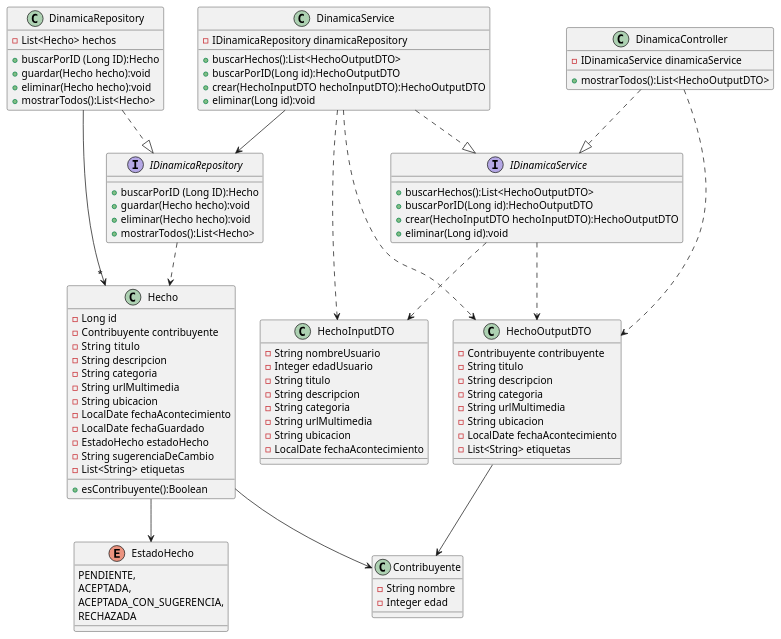
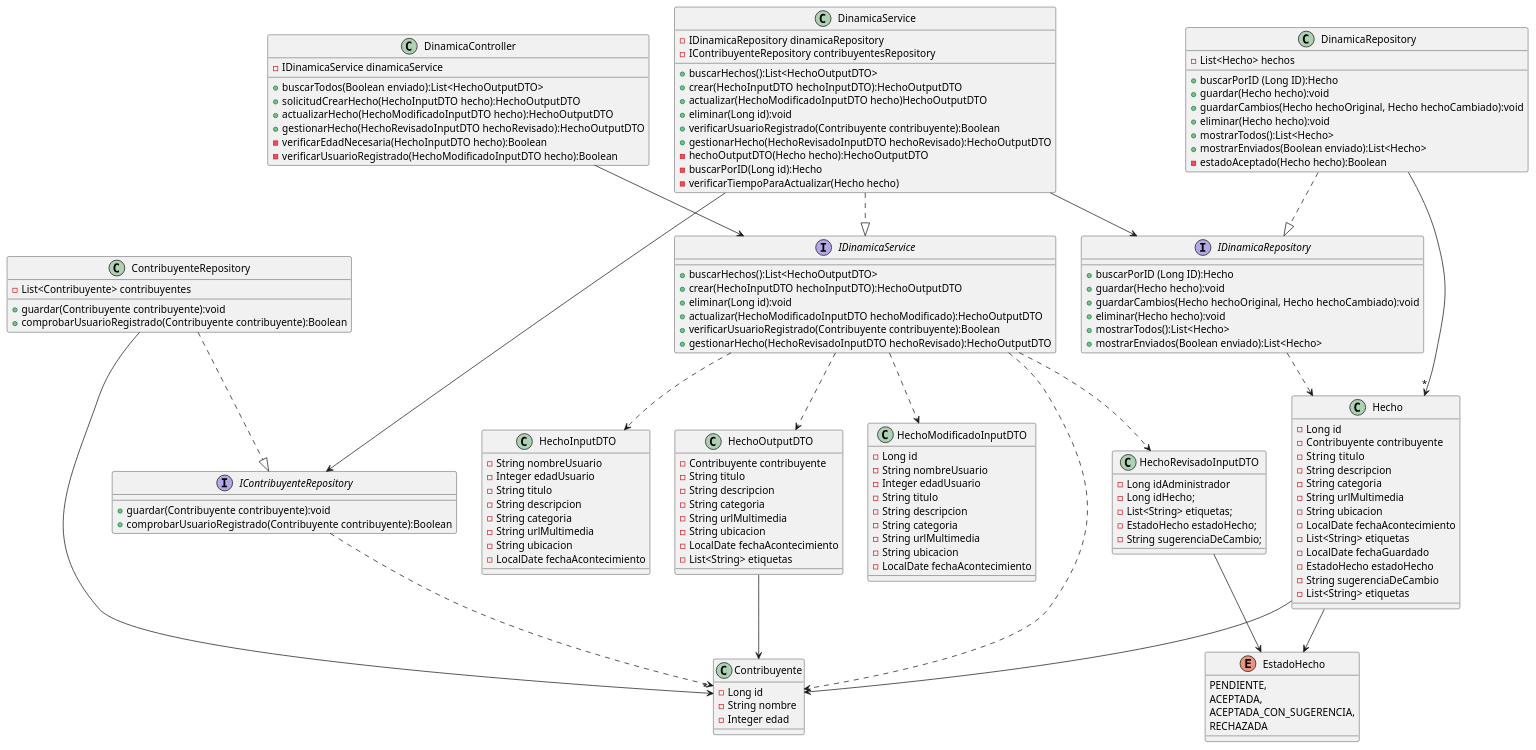
The diagram in fuenteDinamica/DiagramaDeClases-FuenteDinamica.puml (BrunoRodriguezzz/tp-dsi), drawn with PlantUML before and after one commit. The commit also changed 5 other files, not shown here.

Commit message:
actualizacion de diagrama de clases

```diff
--- a/fuenteDinamica/DiagramaDeClases-FuenteDinamica.puml
+++ b/fuenteDinamica/DiagramaDeClases-FuenteDinamica.puml
@@ -1,128 +1,194 @@
 @startuml
 'Hecho
  Hecho --> Contribuyente
  Hecho --> EstadoHecho
 
-'HechoOutput
+'HechoRevisadoInputDTO
+ HechoRevisadoInputDTO --> EstadoHecho
+
+'HechoOutputDTO
  HechoOutputDTO --> Contribuyente
+
+'IContribuyenteRepository
+ IContribuyenteRepository ..> Contribuyente
+
+'ContribuyenteRepository
+ ContribuyenteRepository ..|> IContribuyenteRepository
+ ContribuyenteRepository -->"*" Contribuyente
 
 'IDinamicaRepository
  IDinamicaRepository ..> Hecho
 
 'DinamicaRepository
  DinamicaRepository ..|> IDinamicaRepository
  DinamicaRepository -->"*" Hecho
 
 'IDinamicaService
  IDinamicaService ..> HechoOutputDTO
  IDinamicaService ..> HechoInputDTO
+ IDinamicaService ..> HechoModificadoInputDTO
+ IDinamicaService ..> HechoRevisadoInputDTO
+ IDinamicaService ..> Contribuyente
 
 'DinamicaService
  DinamicaService ..|> IDinamicaService
  DinamicaService --> IDinamicaRepository
- DinamicaService ..> HechoOutputDTO
- DinamicaService ..> HechoInputDTO
+ DinamicaService --> IContribuyenteRepository
 
 'DinamicaController
- DinamicaController ..|> IDinamicaService
- DinamicaController ..> HechoOutputDTO
+ DinamicaController --> IDinamicaService
 
 class HechoInputDTO {
 
     - String nombreUsuario
     - Integer edadUsuario
     - String titulo
     - String descripcion
     - String categoria
     - String urlMultimedia
     - String ubicacion
     - LocalDate fechaAcontecimiento
+}
+
+class HechoModificadoInputDTO {
+
+    - Long id
+    - String nombreUsuario
+    - Integer edadUsuario
+    - String titulo
+    - String descripcion
+    - String categoria
+    - String urlMultimedia
+    - String ubicacion
+    - LocalDate fechaAcontecimiento
+}
+
+class HechoRevisadoInputDTO {
+
+    - Long idAdministrador
+    - Long idHecho;
+    - List<String> etiquetas;
+    - EstadoHecho estadoHecho;
+    - String sugerenciaDeCambio;
 }
 
 class HechoOutputDTO {
     - Contribuyente contribuyente
     - String titulo
     - String descripcion
     - String categoria
     - String urlMultimedia
     - String ubicacion
     - LocalDate fechaAcontecimiento
     - List<String> etiquetas
 }
 
 class Hecho {
 
     - Long id
     - Contribuyente contribuyente
     - String  titulo
     - String descripcion
     - String categoria
     - String urlMultimedia
     - String ubicacion
     - LocalDate fechaAcontecimiento
+    - List<String> etiquetas
     - LocalDate fechaGuardado
     - EstadoHecho estadoHecho
     - String sugerenciaDeCambio
     - List<String> etiquetas
-
-    + esContribuyente():Boolean
 }
 
 class Contribuyente {
+    - Long id
     - String nombre
     - Integer edad
 }
 
 enum EstadoHecho {
     PENDIENTE,
     ACEPTADA,
     ACEPTADA_CON_SUGERENCIA,
     RECHAZADA
 }
 
+interface IContribuyenteRepository {
+
+    + guardar(Contribuyente contribuyente):void
+    + comprobarUsuarioRegistrado(Contribuyente contribuyente):Boolean
+
+}
+
+class ContribuyenteRepository{
+
+    - List<Contribuyente> contribuyentes
+
+    + guardar(Contribuyente contribuyente):void
+    + comprobarUsuarioRegistrado(Contribuyente contribuyente):Boolean
+}
+
 interface IDinamicaRepository {
 
     + buscarPorID (Long ID):Hecho
     + guardar(Hecho hecho):void
+    + guardarCambios(Hecho hechoOriginal, Hecho hechoCambiado):void
     + eliminar(Hecho hecho):void
     + mostrarTodos():List<Hecho>
+    + mostrarEnviados(Boolean enviado):List<Hecho>
 
 }
 
 class DinamicaRepository{
 
     - List<Hecho> hechos
 
     + buscarPorID (Long ID):Hecho
     + guardar(Hecho hecho):void
+    + guardarCambios(Hecho hechoOriginal, Hecho hechoCambiado):void
     + eliminar(Hecho hecho):void
     + mostrarTodos():List<Hecho>
+    + mostrarEnviados(Boolean enviado):List<Hecho>
+    - estadoAceptado(Hecho hecho):Boolean
 }
 
 interface IDinamicaService {
 
     + buscarHechos():List<HechoOutputDTO>
-    + buscarPorID(Long id):HechoOutputDTO
     + crear(HechoInputDTO hechoInputDTO):HechoOutputDTO
     + eliminar(Long id):void
+    + actualizar(HechoModificadoInputDTO hechoModificado):HechoOutputDTO
+    + verificarUsuarioRegistrado(Contribuyente contribuyente):Boolean
+    + gestionarHecho(HechoRevisadoInputDTO hechoRevisado):HechoOutputDTO
 
 }
 
 class DinamicaService{
 
     - IDinamicaRepository dinamicaRepository
+    - IContribuyenteRepository contribuyentesRepository
 
     + buscarHechos():List<HechoOutputDTO>
-    + buscarPorID(Long id):HechoOutputDTO
     + crear(HechoInputDTO hechoInputDTO):HechoOutputDTO
+    + actualizar(HechoModificadoInputDTO hecho)HechoOutputDTO
     + eliminar(Long id):void
+    + verificarUsuarioRegistrado(Contribuyente contribuyente):Boolean
+    + gestionarHecho(HechoRevisadoInputDTO hechoRevisado):HechoOutputDTO
+    - hechoOutputDTO(Hecho hecho):HechoOutputDTO
+    - buscarPorID(Long id):Hecho
+    - verificarTiempoParaActualizar(Hecho hecho)
 }
 
 class DinamicaController{
 
     - IDinamicaService dinamicaService
 
-    + mostrarTodos():List<HechoOutputDTO>
+    + buscarTodos(Boolean enviado):List<HechoOutputDTO>
+    + solicitudCrearHecho(HechoInputDTO hecho):HechoOutputDTO
+    + actualizarHecho(HechoModificadoInputDTO hecho):HechoOutputDTO
+    + gestionarHecho(HechoRevisadoInputDTO hechoRevisado):HechoOutputDTO
+    - verificarEdadNecesaria(HechoInputDTO hecho):Boolean
+    - verificarUsuarioRegistrado(HechoModificadoInputDTO hecho):Boolean
+
 }
-
 @enduml
```
